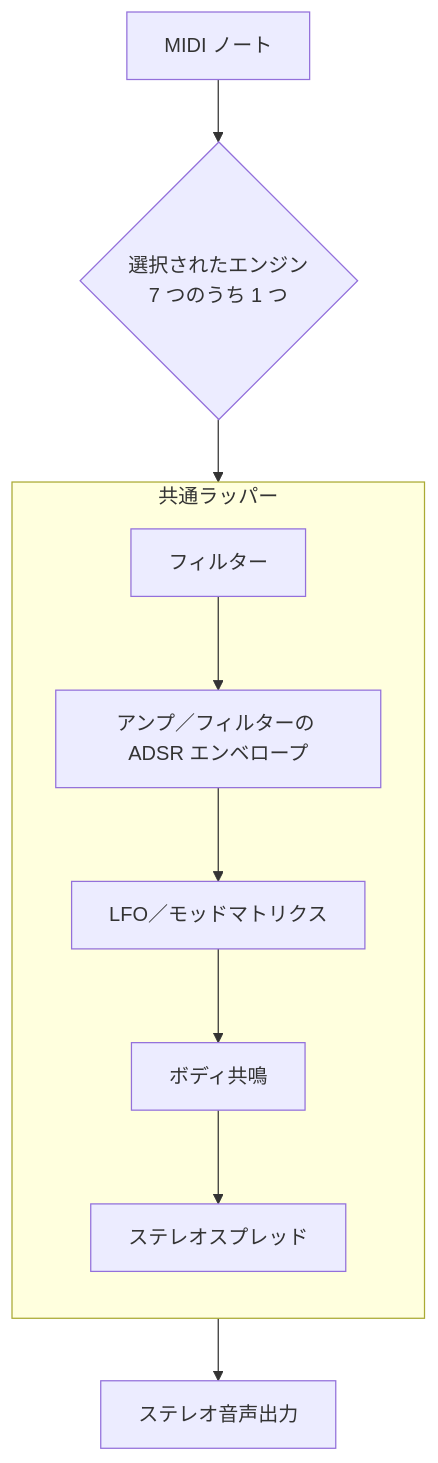
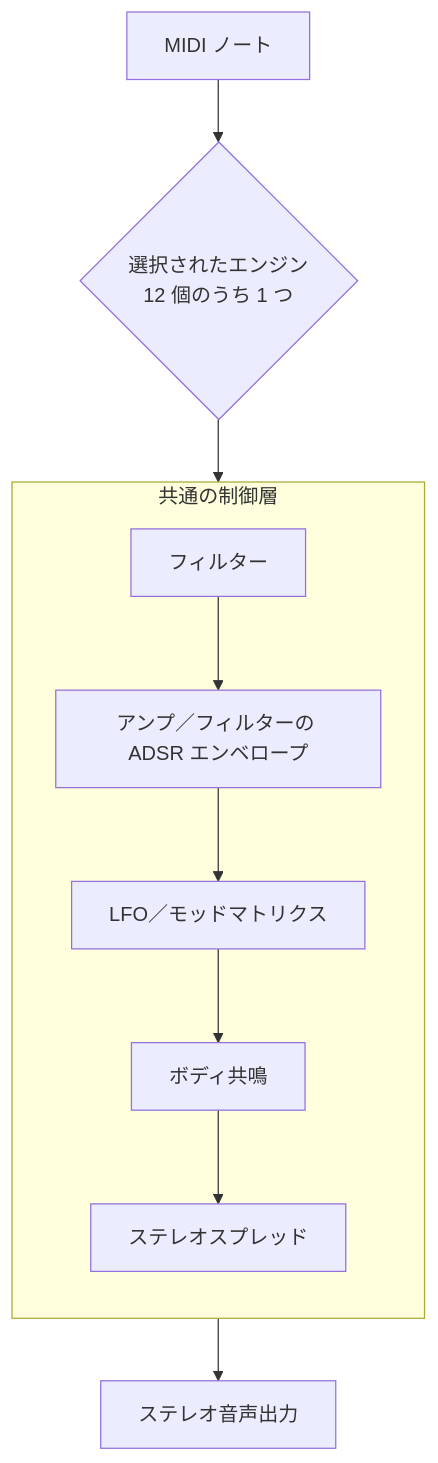
Before and after one commit to libraz/libsonare-homepage: the diagram in src/ja/docs/native-synth.md, drawn with Mermaid. The commit also changed other lines of this file and 125 other files, not shown here.

````diff
--- a/src/ja/docs/native-synth.md
+++ b/src/ja/docs/native-synth.md
@@ -45,13 +57,13 @@
 ```mermaid
 flowchart TD
-  N[MIDI ノート] --> E{選択されたエンジン<br/>7 つのうち 1 つ}
-  E --> W[共通ラッパー]
-  subgraph W [共通ラッパー]
+  N[MIDI ノート] --> E{選択されたエンジン<br/>12 個のうち 1 つ}
+  E --> W[共通の制御層]
+  subgraph W [共通の制御層]
     direction TB
     F[フィルター] --> A[アンプ／フィルターの ADSR エンベロープ]
     A --> L[LFO／モッドマトリクス]
     L --> B[ボディ共鳴]
     B --> S[ステレオスプレッド]
   end
   W --> O[ステレオ音声出力]
 ```
````
